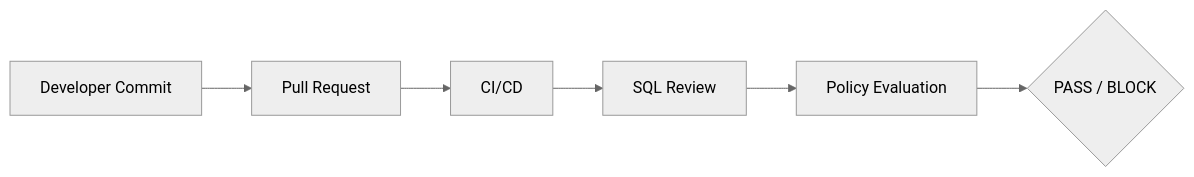
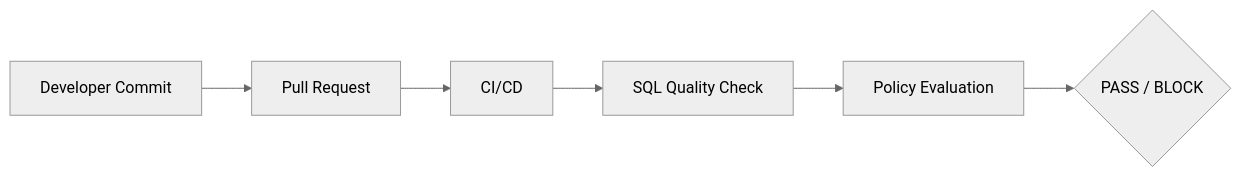
Before and after one commit to PawSQL/pawsql-docs-mantlify: the fourth of 11 diagrams in docs/en/use-cases/index.mdx, drawn with Mermaid (neutral theme). The commit also changed other lines of this file and 143 other files, not shown here.

````diff
--- a/docs/en/use-cases/index.mdx
+++ b/docs/en/use-cases/index.mdx
@@ -84,5 +84,5 @@
 ```mermaid
 flowchart LR
     A[Developer Commit] --> B[Pull Request] --> C[CI/CD]
-    C --> D[SQL Review] --> E[Policy Evaluation] --> F{PASS / BLOCK}
+    C --> D[SQL Quality Check] --> E[Policy Evaluation] --> F{PASS / BLOCK}
 ```
````
